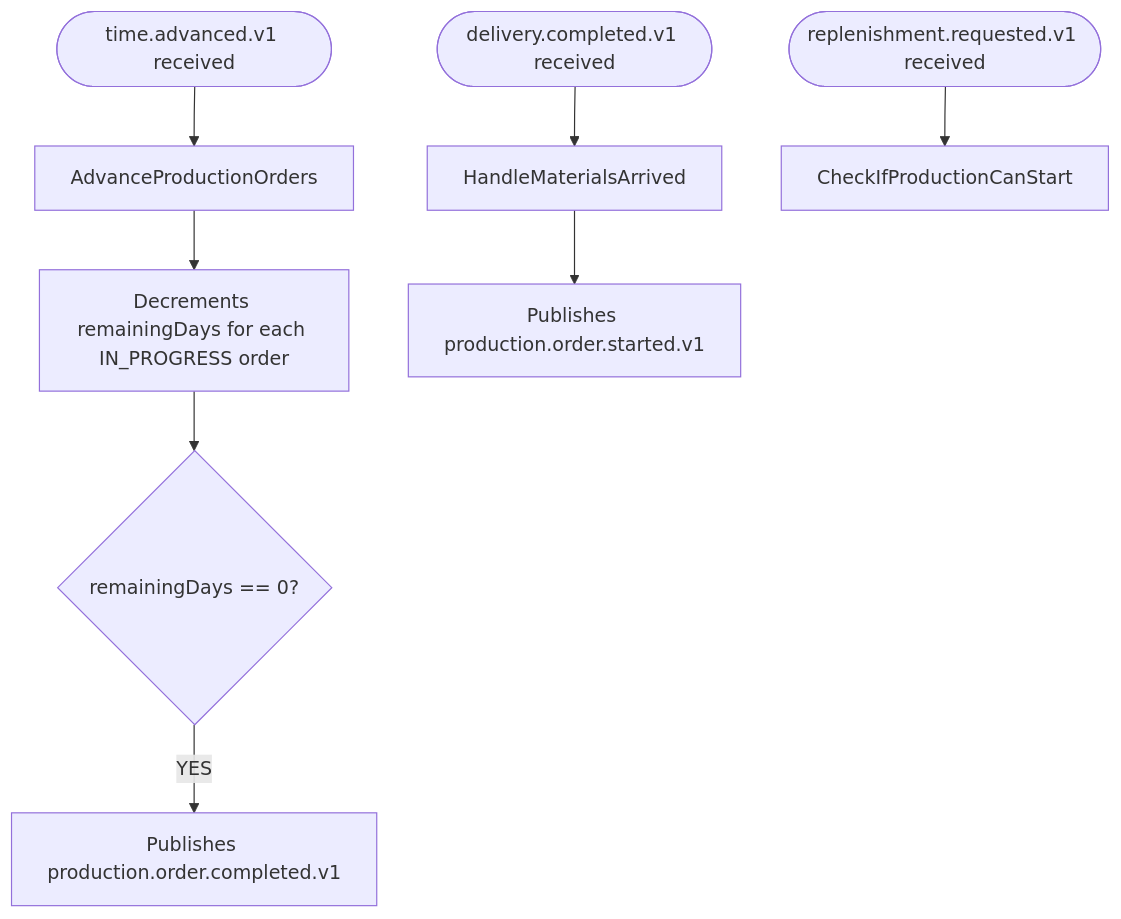
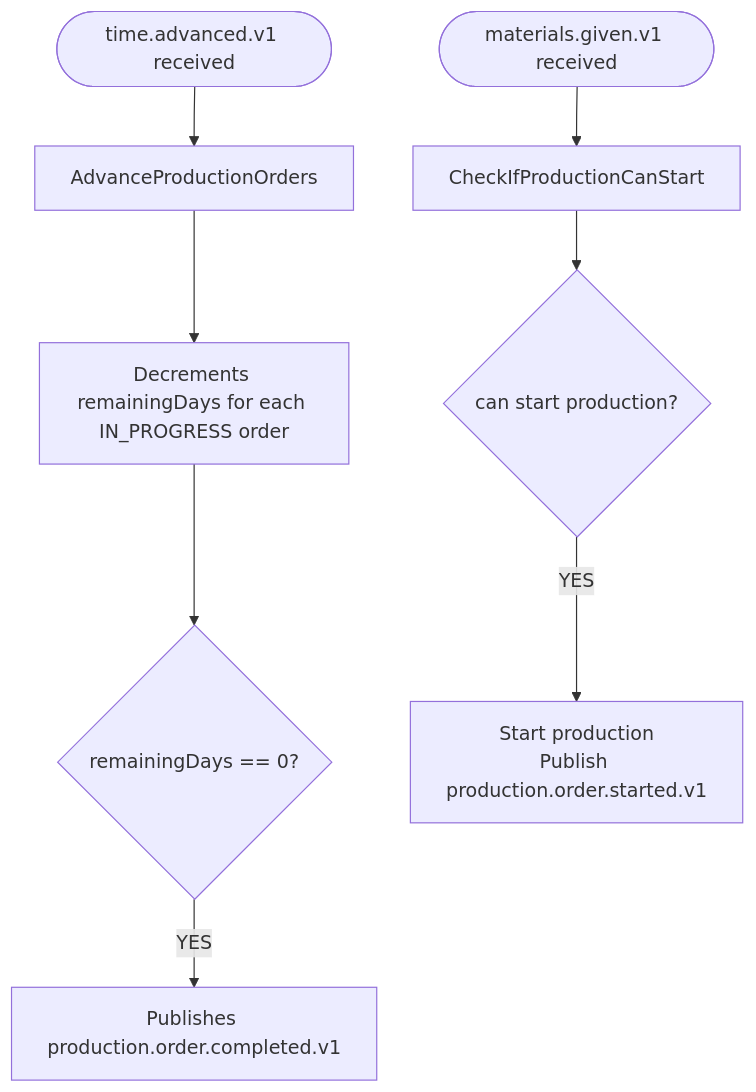
One commit to PauLopNun/workshop-suministros changed the third of 4 diagrams in production/ddd.md. Above: the diagram before and after it, drawn with Mermaid. The commit also changed other lines of this file, not shown here.

````diff
--- a/production/ddd.md
+++ b/production/ddd.md
@@ -181,10 +181,10 @@
 ```mermaid
 flowchart TD
     UC5([time.advanced.v1 received]) --> E1[AdvanceProductionOrders]
     E1 --> E2[Decrements remainingDays for each IN_PROGRESS order]
     E2 --> E3{remainingDays == 0?}
     E3 -->|YES| E4[Publishes production.order.completed.v1]
-    UC6([delivery.completed.v1 received]) --> F1[HandleMaterialsArrived]
-    F1 --> F2[Publishes production.order.started.v1]
-    UC7([replenishment.requested.v1 received]) --> G1[CheckIfProductionCanStart]
+    UC7([materials.given.v1 received]) --> G1[CheckIfProductionCanStart]
+    G1 --> G2{can start production?}
+    G2 --> |YES| G3[Start production\nPublish production.order.started.v1]
 ```
````
